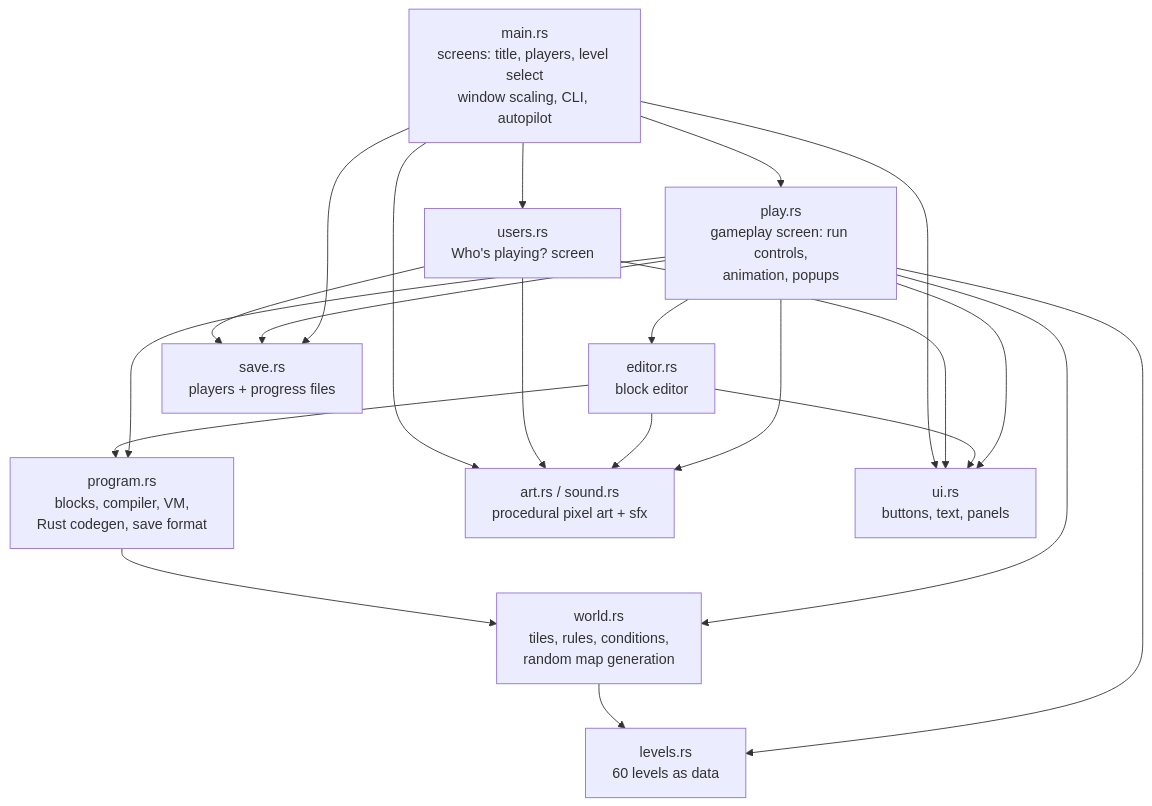
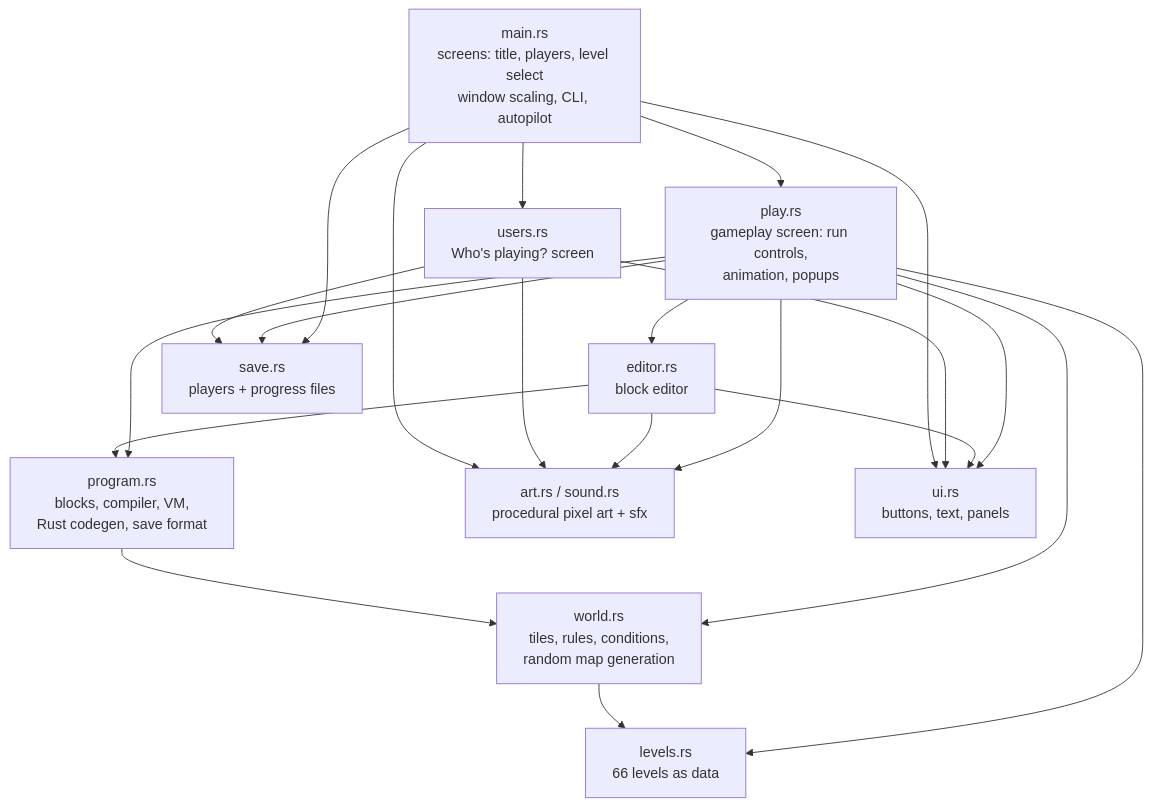
The diagram in docs/DESIGN.md (rpforonda/block-coders), drawn with Mermaid before and after one commit. The commit also changed other lines of this file and 13 other files, not shown here.

````diff
--- a/docs/DESIGN.md
+++ b/docs/DESIGN.md
@@ -66,21 +66,21 @@
 ```mermaid
 flowchart TD
     main["main.rs<br/>screens: title, players, level select<br/>window scaling, CLI, autopilot"]
     users["users.rs<br/>Who's playing? screen"]
     play["play.rs<br/>gameplay screen: run controls,<br/>animation, popups"]
     editor["editor.rs<br/>block editor"]
     program["program.rs<br/>blocks, compiler, VM,<br/>Rust codegen, save format"]
     world["world.rs<br/>tiles, rules, conditions,<br/>random map generation"]
-    levels["levels.rs<br/>60 levels as data"]
+    levels["levels.rs<br/>66 levels as data"]
     save["save.rs<br/>players + progress files"]
     art["art.rs / sound.rs<br/>procedural pixel art + sfx"]
     ui["ui.rs<br/>buttons, text, panels"]
 
     main --> users & play & save
     play --> editor & program & world & levels & save
     editor --> program
     program --> world
     world --> levels
     users --> save
     play & editor & users & main --> ui & art
 ```
````
